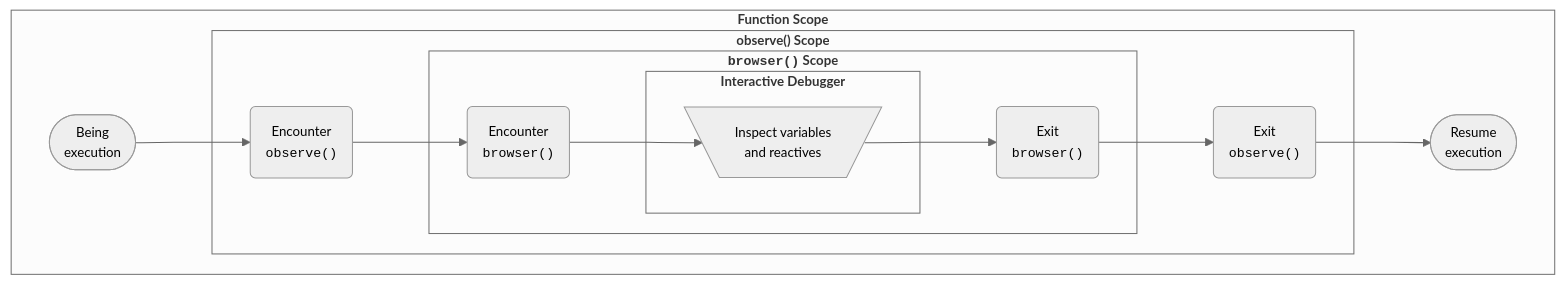
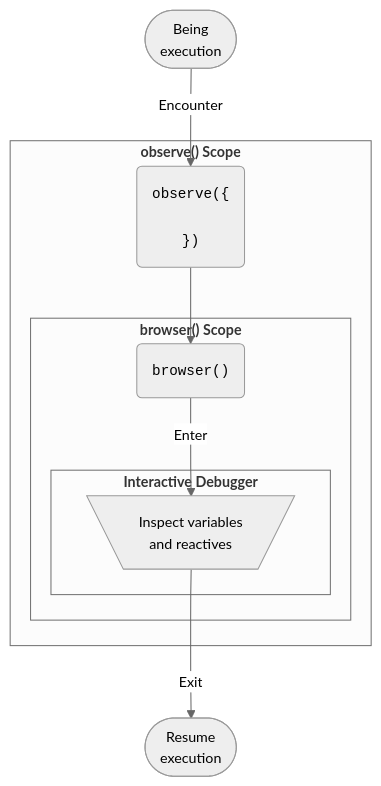
Before and after one commit to mjfrigaard/shiny-app-pkgs: the third of 3 diagrams in debugger.qmd, drawn with Mermaid. The commit also changed other lines of this file and 11 other files, not shown here.

````diff
--- a/debugger.qmd
+++ b/debugger.qmd
@@ -208,39 +202,35 @@
 ```{mermaid}
-%%| fig-cap: 'Reacting `browser`ing in an `observe`er'
+%%| fig-cap: 'Reactive `browser()` in an `observe()`er'
 %%| fig-align: center
-%%{init: {'theme': 'neutral', 'themeVariables': { 'fontFamily': 'monospace', "fontSize":"13px"}}}%%
+%%{init: {'theme': 'neutral', 'themeVariables': { 'fontFamily': 'monospace', "fontSize":"14px"}}}%%
 flowchart TD
-    subgraph Function["<strong>Function Scope</strong>"]
-        Running(["Being<br>execution"])
-        Running --> EncounterObs
-        subgraph ObserveStep["<strong>observe() Scope</strong>"]
-            EncounterObs("Encounter<br><code>observe()</code>") --> Browse
-            subgraph Browser["<strong><code>browser()</code> Scope</strong>"]
-                Browse("Encounter<br><code>browser()</code>") --> Step
+        Running(["Being<br>execution"]) 
+        subgraph Observe["<strong>observe() Scope</strong>"]
+                Observer("<code>observe({<br><br>})</code>")
+            subgraph Browse["<strong>browser() Scope</strong>"]
+                Browser("<code>browser()</code>")
                 subgraph Debugger["<strong>Interactive Debugger</strong>"]
                  Step[\"Inspect variables<br>and reactives"/]
+                end
             end
-                Step --> ExitBrowser("Exit <br><code>browser()</code>")
-            end
-            ExitBrowser --> ExitObserve("Exit <br><code>observe()</code>")
-            
         end
-        ExitObserve --> Resume(["Resume<br>execution"])
-    end
+        Resume(["Resume<br>execution"])
+
+Running -->|"Encounter"| Observer --> Browser --> |"Enter"|Step -->|"Exit"|Resume
 
     %% style Server fill:#FFF,color:#000,stroke:#333,font-size:14px
     %% style StartReact fill:#FFF,color:#000,stroke:#333,font-size:14px
     %% style EndReact fill:#FFF,color:#000,stroke:#333,font-size:14px
 
     %% style Observer fill:#FFF,stroke:#FEDBC1,stroke-width:3px,font-size:14px
     %% style ObserveExecution fill:#FEDBC1,stroke:none,rx:10,ry:10,font-size:14px
     
     %% style Browser fill:#4CBB9D,color:#000,stroke:none,rx:20,ry:10,font-size:14px
     %% style Browse stroke:#4CBB9D,color:#000,fill:#FFF,stroke-width:3px,rx:10,ry:10,font-size:14px
     
     %% style Debugger fill:#F8F8FA,stroke:#4CB7DB,stroke-width:3px,rx:10,ry:10,font-size:14px
     %% style Step fill:#4CB7DB,stroke:none,rx:10,ry:10
 
     %% style ExitBrowser fill:#4CBB9D,color:#000,stroke:none,rx:20,ry:10,font-size:14px
     %% style ExitObserver fill:#FEDBC1,color:#000,stroke:none,rx:20,ry:10,font-size:14px
 ```
````
